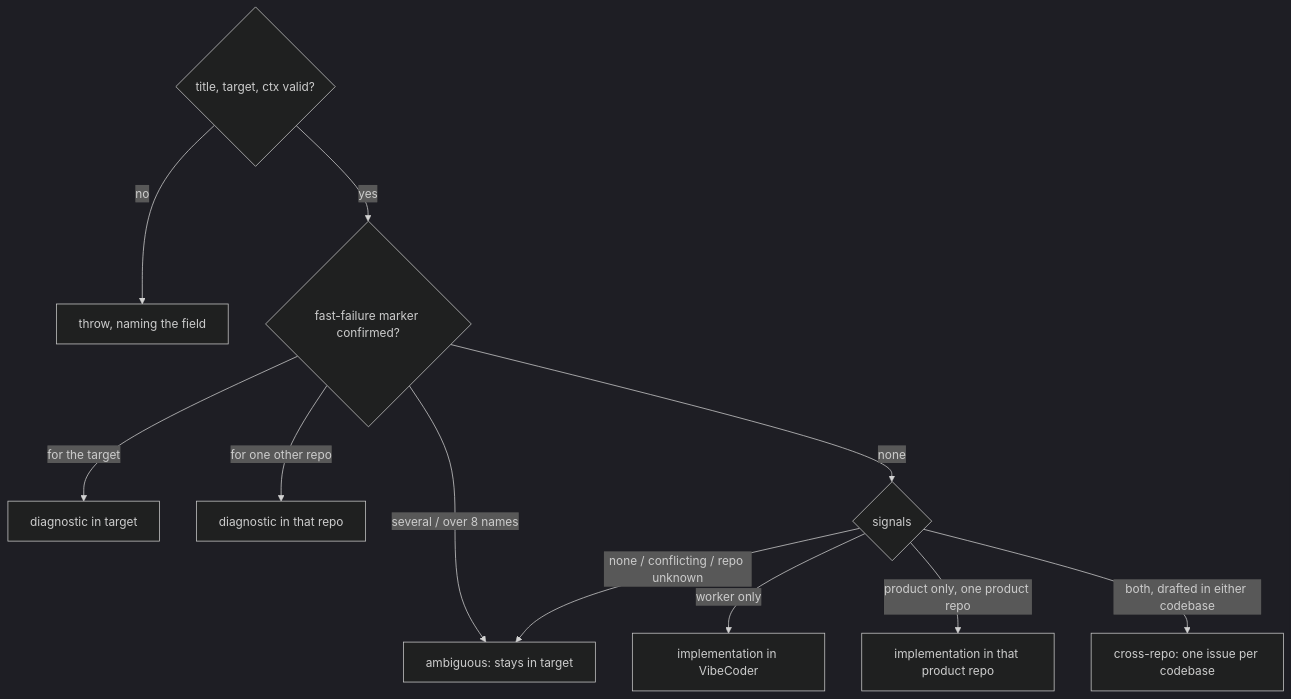
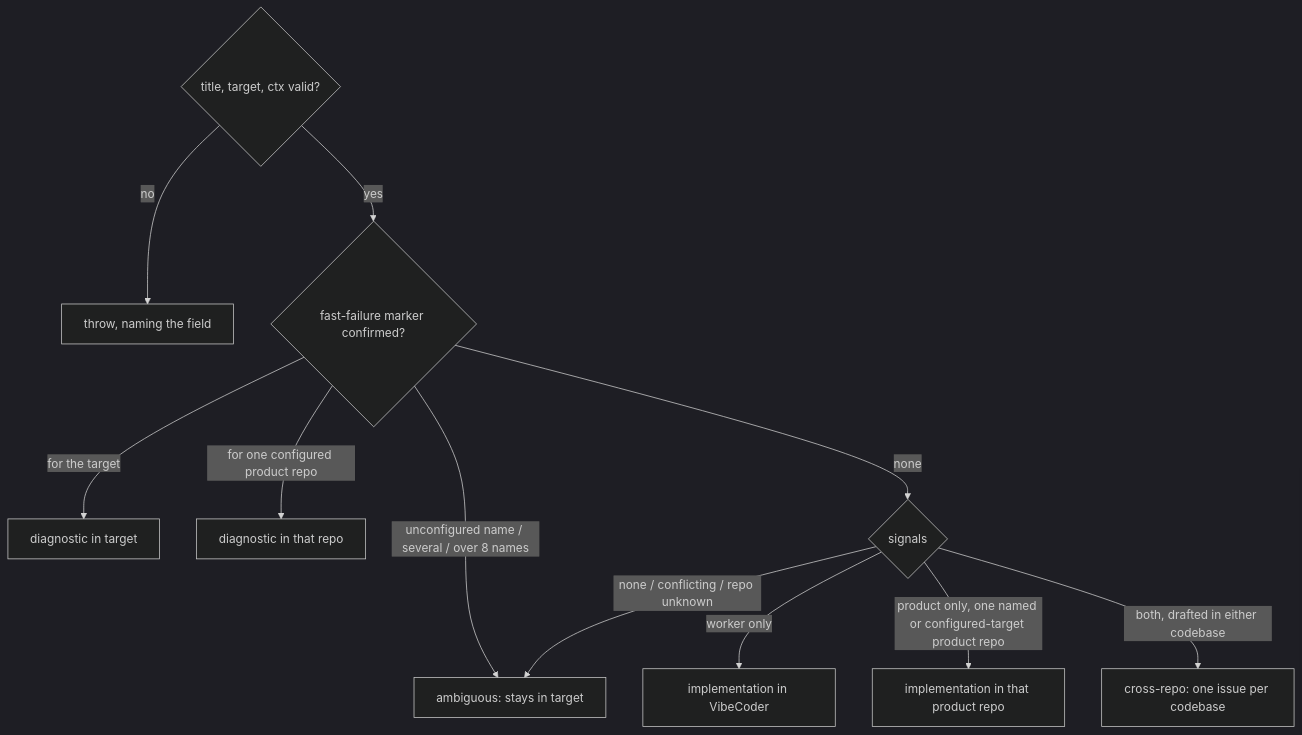
Before and after one commit to stSoftwareAU/VibeCoder: the diagram in docs/archive/pr-summaries/pr-summary-3741.md, drawn with Mermaid (dark theme). The commit also changed other lines of this file and 3 other files, not shown here.

First line of the commit message:
fix(routing): accept only configured repositories from markers and product targets (#3741)

````diff
--- a/docs/archive/pr-summaries/pr-summary-3741.md
+++ b/docs/archive/pr-summaries/pr-summary-3741.md
@@ -28,13 +29,13 @@
 ```mermaid
 flowchart TD
     V{title, target, ctx valid?} -- no --> X[throw, naming the field]
     V -- yes --> M{fast-failure marker confirmed?}
     M -- "for the target" --> D1[diagnostic in target]
-    M -- "for one other repo" --> D2[diagnostic in that repo]
-    M -- "several / over 8 names" --> A[ambiguous: stays in target]
+    M -- "for one configured product repo" --> D2[diagnostic in that repo]
+    M -- "unconfigured name / several / over 8 names" --> A[ambiguous: stays in target]
     M -- none --> S{signals}
     S -- "worker only" --> W[implementation in VibeCoder]
-    S -- "product only, one product repo" --> P[implementation in that product repo]
+    S -- "product only, one named or configured-target product repo" --> P[implementation in that product repo]
     S -- "both, drafted in either codebase" --> C[cross-repo: one issue per codebase]
     S -- "none / conflicting / repo unknown" --> A
 ```
````
